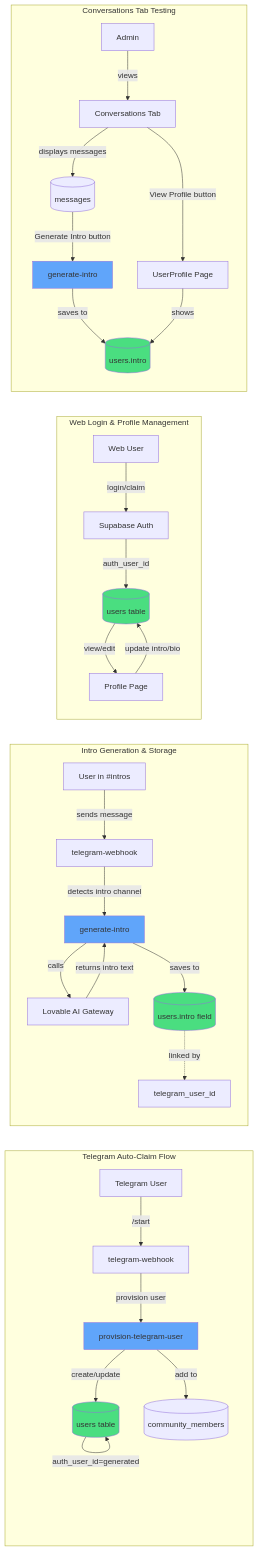
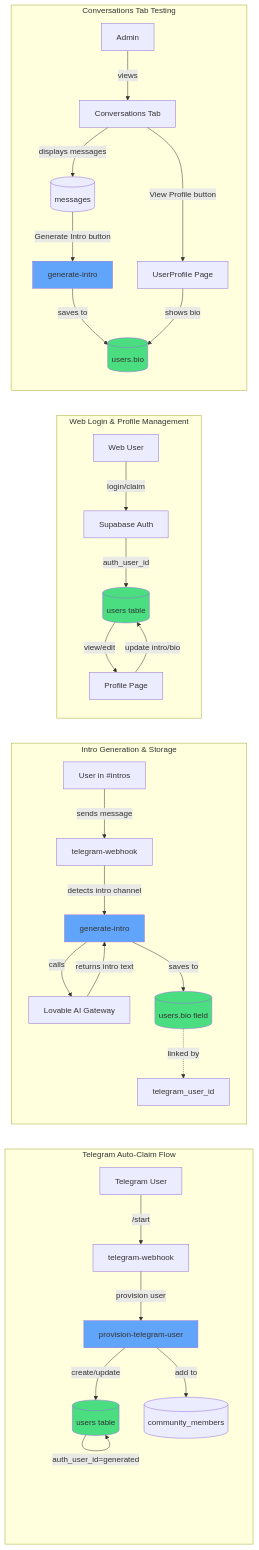
One commit to jackmielke/build-telegram-bots-with-a changed the first of 2 diagrams in mermaids/profile-intro-system.md. Above: the diagram before and after it, drawn with Mermaid. The commit also changed other lines of this file and 3 other files, not shown here.

Commit message:
Refactor: Use existing bio field

````diff
--- a/mermaids/profile-intro-system.md
+++ b/mermaids/profile-intro-system.md
@@ -5,44 +5,44 @@
 ```mermaid
 graph LR
     subgraph "Telegram Auto-Claim Flow"
         TG1[Telegram User] -->|/start| TW1[telegram-webhook]
         TW1 -->|provision user| PTU1[provision-telegram-user]
         PTU1 -->|create/update| U1[(users table)]
         U1 -->|is_claimed=true| U1
         U1 -->|auth_user_id=generated| U1
         PTU1 -->|add to| CM1[(community_members)]
     end
     
     subgraph "Intro Generation & Storage"
         TG2[User in #intros] -->|sends message| TW2[telegram-webhook]
         TW2 -->|detects intro channel| GI[generate-intro]
         GI -->|calls| LAI[Lovable AI Gateway]
         LAI -->|returns intro text| GI
-        GI -->|saves to| U2[(users.intro field)]
+        GI -->|saves to| U2[(users.bio field)]
         U2 -.->|linked by| U2TG[telegram_user_id]
     end
     
     subgraph "Web Login & Profile Management"
         WU[Web User] -->|login/claim| AUTH[Supabase Auth]
         AUTH -->|auth_user_id| U3[(users table)]
         U3 -->|view/edit| PROF[Profile Page]
         PROF -->|update intro/bio| U3
     end
     
     subgraph "Conversations Tab Testing"
         ADMIN[Admin] -->|views| CONV[Conversations Tab]
         CONV -->|displays messages| MSG[(messages)]
         MSG -->|"Generate Intro" button| GI2[generate-intro]
-        GI2 -->|saves to| U4[(users.intro)]
+        GI2 -->|saves to| U4[(users.bio)]
         CONV -->|"View Profile" button| VP[UserProfile Page]
-        VP -->|shows| U4
+        VP -->|shows bio| U4
     end
     
     style U1 fill:#4ade80
     style U2 fill:#4ade80
     style U3 fill:#4ade80
     style U4 fill:#4ade80
     style PTU1 fill:#60a5fa
     style GI fill:#60a5fa
     style GI2 fill:#60a5fa
 ```
````
